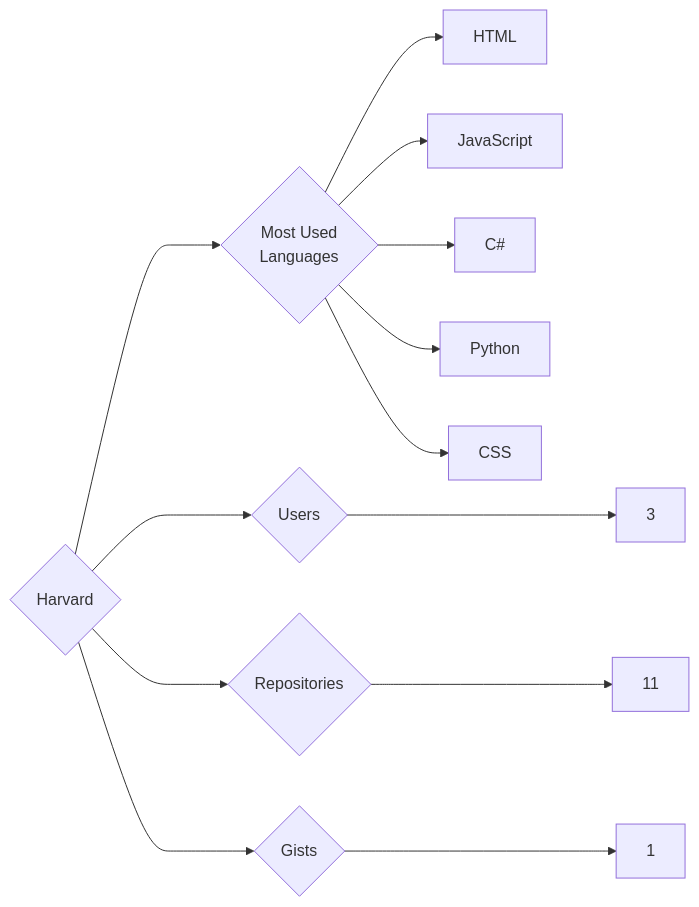
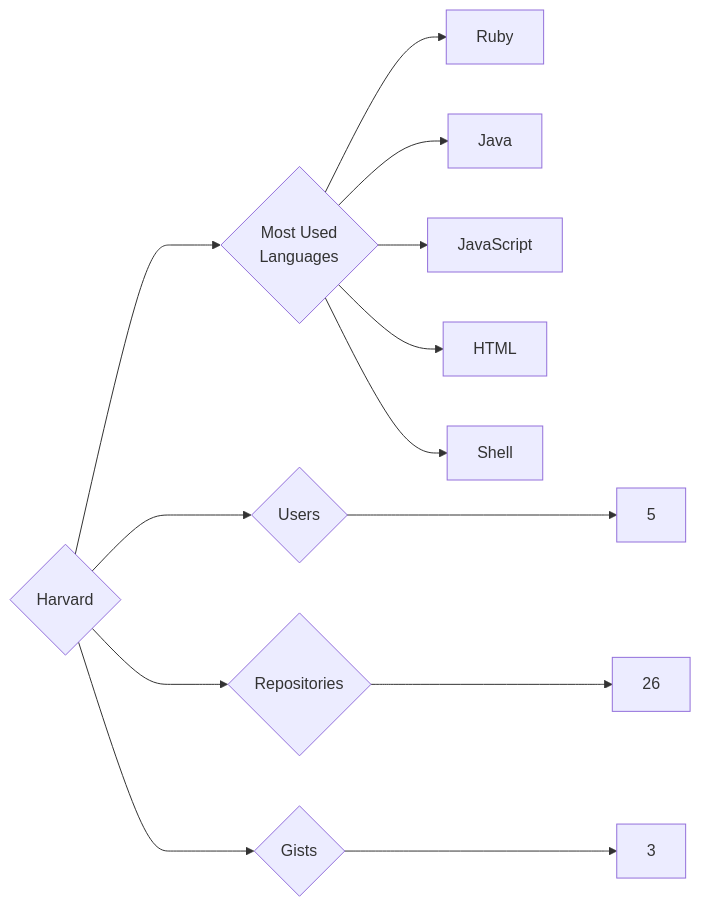
The diagram in targets/Harvard/README.md (trickest/insiders), drawn with Mermaid before and after one commit. The commit also changed 1212 other files, not shown here.

````diff
--- a/targets/Harvard/README.md
+++ b/targets/Harvard/README.md
@@ -3,13 +3,13 @@
 ```mermaid
 graph LR
 COMPANY_NAME{Harvard}
-COMPANY_NAME ---> U{Users} ---> UN[3]
-COMPANY_NAME ---> R{Repositories} ---> RN[11]
-COMPANY_NAME ---> G{Gists} ---> GN[1]
+COMPANY_NAME ---> U{Users} ---> UN[5]
+COMPANY_NAME ---> R{Repositories} ---> RN[26]
+COMPANY_NAME ---> G{Gists} ---> GN[3]
 COMPANY_NAME ---> ML{Most Used<br>Languages}
+ML --> Ruby[Ruby]
+ML --> Java[Java]
+ML --> JavaScript[JavaScript]
 ML --> HTML[HTML]
-ML --> JavaScript[JavaScript]
-ML --> C#[C#]
-ML --> Python[Python]
-ML --> CSS[CSS]
+ML --> Shell[Shell]
 ```
````
